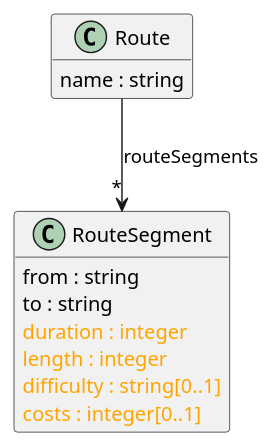
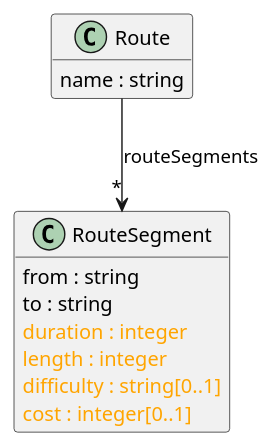
Before and after one commit to ERNICommunity/openapi-workshop: the diagram in aufgaben/a1-api.puml, drawn with PlantUML. The commit also changed 11 other files, not shown here.

```diff
--- a/aufgaben/a1-api.puml
+++ b/aufgaben/a1-api.puml
@@ -1,20 +1,20 @@
 @startuml
 hide empty methods
 hide empty fields
 
 class "Route" {
   {field} name : string
 }
 
 class "RouteSegment" {
   {field} from : string
   {field} to : string
   <font color="orange">{field} duration : integer
   <font color="orange">{field} length : integer
   <font color="orange">{field} difficulty : string[0..1]
-  <font color="orange">{field} costs : integer[0..1]
+  <font color="orange">{field} cost : integer[0..1]
 }
 
 "Route" --> "*" "RouteSegment"  :  "routeSegments"
 
 @enduml
```
